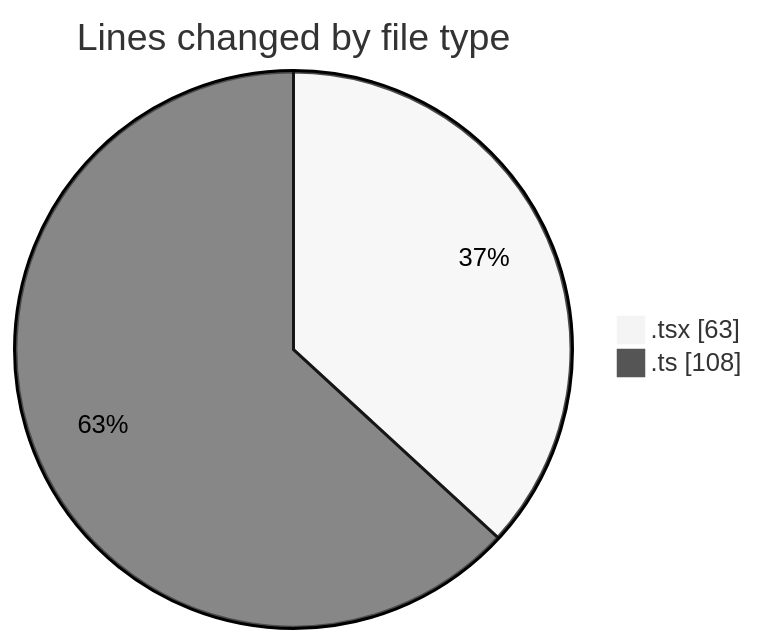
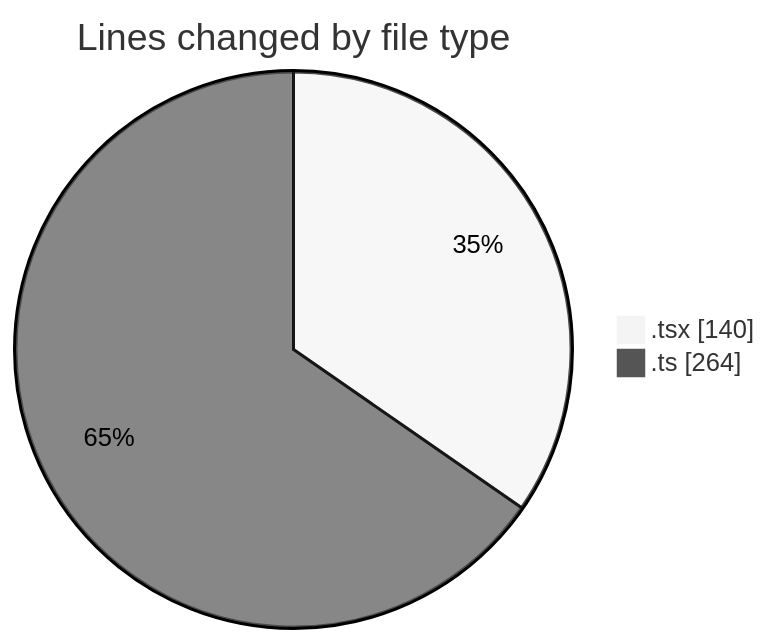
One commit to robertbonfada/code-tracking changed the first of 2 diagrams in 2025-01-20/mbc-web/README.md. Above: the diagram before and after it, drawn with Mermaid (neutral theme). The commit also changed other lines of this file and 1 other file, not shown here.

````diff
--- a/2025-01-20/mbc-web/README.md
+++ b/2025-01-20/mbc-web/README.md
@@ -21,6 +23,6 @@
 ```mermaid
 pie showData
 title Lines changed by file type
-".tsx" : 63
-".ts" : 108
+".tsx" : 140
+".ts" : 264
 ```
````
